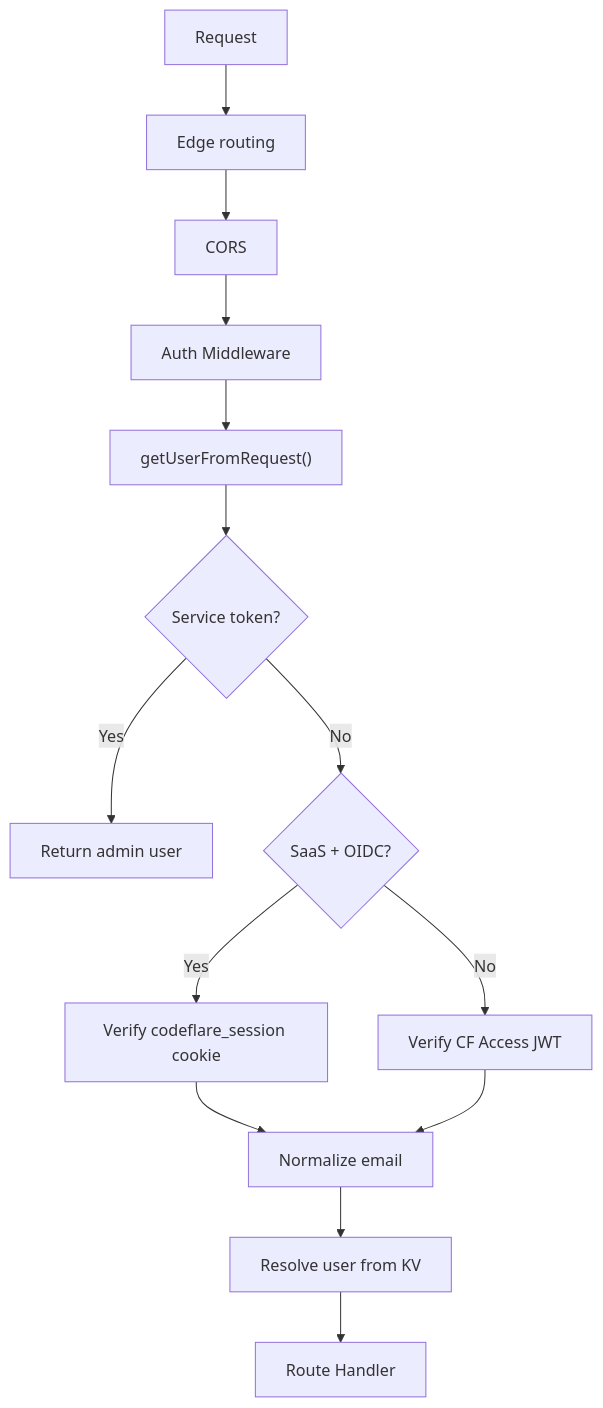
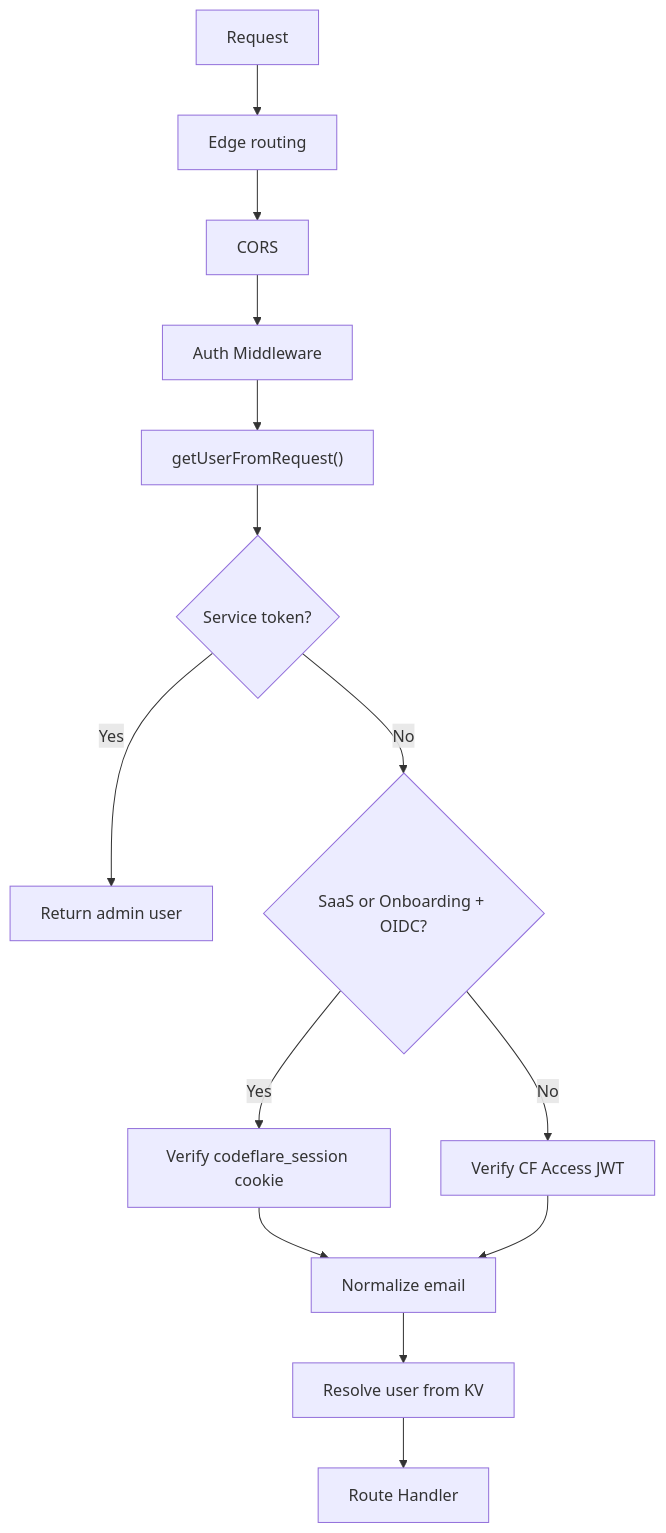
Before and after one commit to nikolanovoselec/codeflare: the first of 2 diagrams in documentation/lanes/authentication.md, drawn with Mermaid. The commit also changed other lines of this file, not shown here.

First line of the commit message:
[autonomous] docs: resolve round-6 doc-review findings (auth flow accuracy)

````diff
--- a/documentation/lanes/authentication.md
+++ b/documentation/lanes/authentication.md
@@ -115,16 +115,16 @@
 ```mermaid
 flowchart TD
     A[Request] --> B[Edge routing]
     B --> C[CORS]
     C --> D[Auth Middleware]
     D --> E["getUserFromRequest()"]
     E --> F{Service token?}
     F -->|Yes| G[Return admin user]
-    F -->|No| H{SaaS + OIDC?}
+    F -->|No| H{SaaS or Onboarding + OIDC?}
     H -->|Yes| I[Verify codeflare_session cookie]
     H -->|No| J[Verify CF Access JWT]
     I --> K[Normalize email]
     J --> K
     K --> L[Resolve user from KV]
     L --> M[Route Handler]
 ```
````
